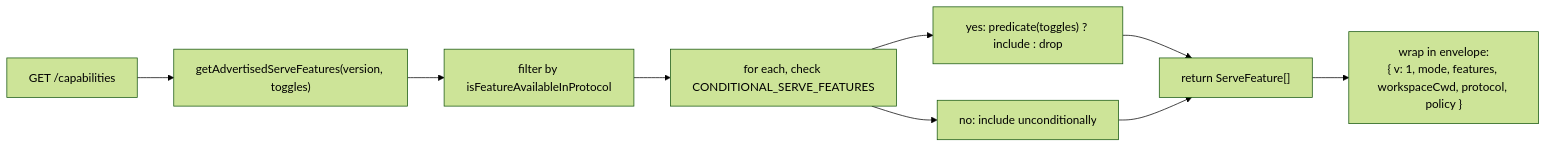
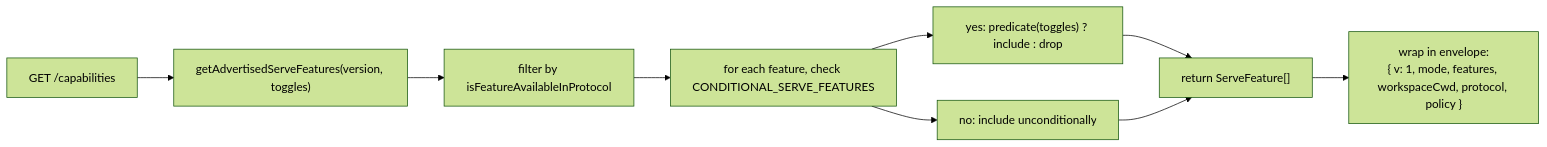
One commit to QwenLM/qwen-code changed the first of 2 diagrams in docs/developers/daemon/11-capabilities-versioning.md. Above: the diagram before and after it, drawn with Mermaid (forest theme). The commit also changed other lines of this file and 23 other files, not shown here.

````diff
--- a/docs/developers/daemon/11-capabilities-versioning.md
+++ b/docs/developers/daemon/11-capabilities-versioning.md
@@ -118,11 +118,11 @@
 ```mermaid
 flowchart LR
     A["GET /capabilities"] --> B["getAdvertisedServeFeatures(version, toggles)"]
     B --> C["filter by isFeatureAvailableInProtocol"]
-    C --> D["for each, check CONDITIONAL_SERVE_FEATURES"]
+    C --> D["for each feature, check CONDITIONAL_SERVE_FEATURES"]
     D --> E["yes: predicate(toggles) ? include : drop"]
     D --> F["no: include unconditionally"]
     E --> G["return ServeFeature[]"]
     F --> G
     G --> H["wrap in envelope:<br/>{ v: 1, mode, features, workspaceCwd, protocol, policy }"]
 ```
````
